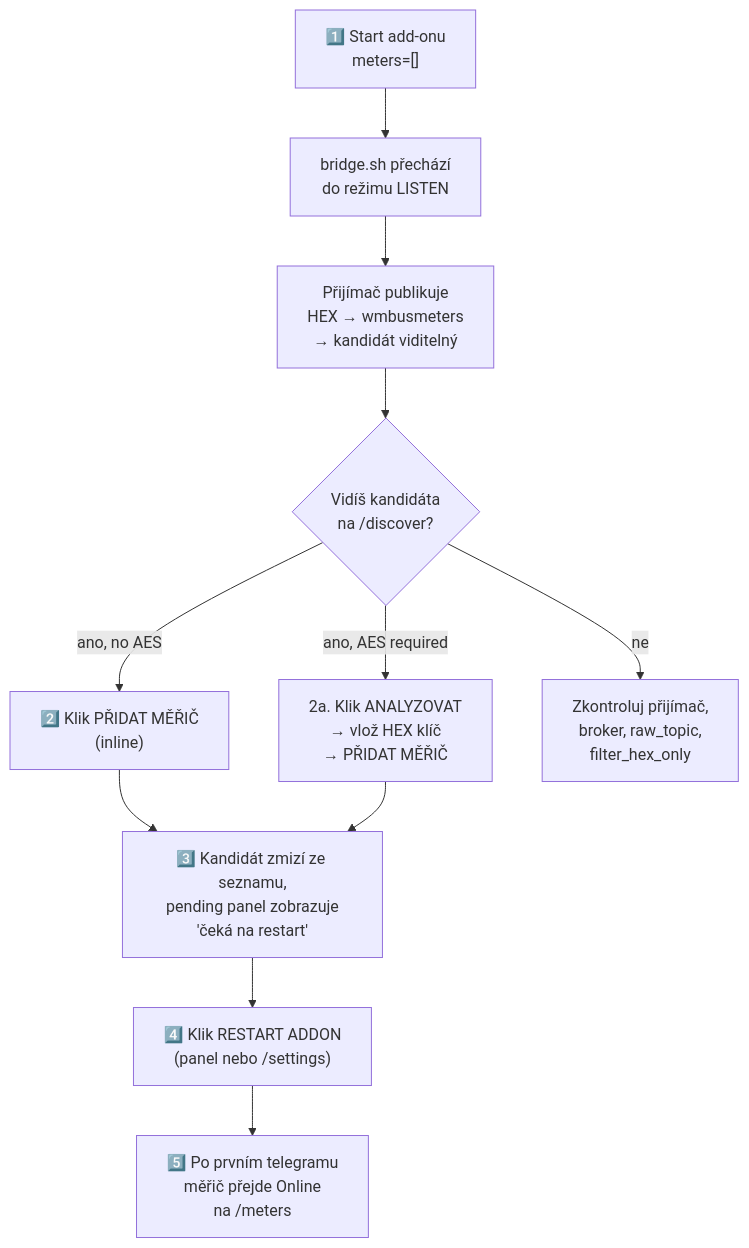
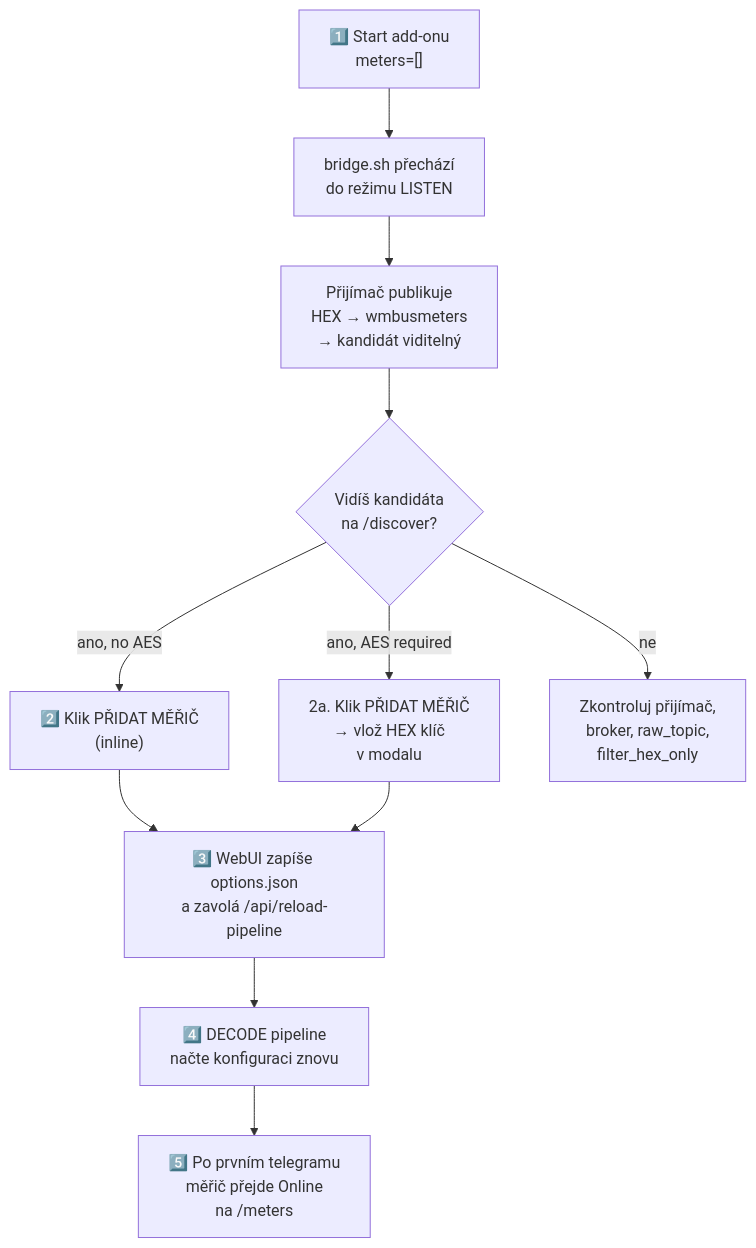
One commit to Kustonium/homeassistant-wmbus-mqtt-bridge-dev changed the fourth of 7 diagrams in docs/README.cs.md. Above: the diagram before and after it, drawn with Mermaid. The commit also changed other lines of this file and 6 other files, not shown here.

````diff
--- a/docs/README.cs.md
+++ b/docs/README.cs.md
@@ -336,13 +321,13 @@
 ```mermaid
 flowchart TD
   A["1️⃣ Start add-onu<br/>meters=[]"] --> B["bridge.sh přechází<br/>do režimu LISTEN"]
   B --> C["Přijímač publikuje<br/>HEX → wmbusmeters<br/>→ kandidát viditelný"]
   C --> D{"Vidíš kandidáta<br/>na /discover?"}
   D -- "ano, no AES" --> E["2️⃣ Klik PŘIDAT MĚŘIČ<br/>(inline)"]
-  D -- "ano, AES required" --> F["2a. Klik ANALYZOVAT<br/>→ vlož HEX klíč<br/>→ PŘIDAT MĚŘIČ"]
+  D -- "ano, AES required" --> F["2a. Klik PŘIDAT MĚŘIČ<br/>→ vlož HEX klíč<br/>v modalu"]
   D -- "ne" --> G["Zkontroluj přijímač,<br/>broker, raw_topic,<br/>filter_hex_only"]
-  E --> H["3️⃣ Kandidát zmizí ze seznamu,<br/>pending panel zobrazuje<br/>'čeká na restart'"]
+  E --> H["3️⃣ WebUI zapíše options.json<br/>a zavolá /api/reload-pipeline"]
   F --> H
-  H --> I["4️⃣ Klik RESTART ADDON<br/>(panel nebo /settings)"]
+  H --> I["4️⃣ DECODE pipeline<br/>načte konfiguraci znovu"]
   I --> J["5️⃣ Po prvním telegramu<br/>měřič přejde Online<br/>na /meters"]
 ```
````
